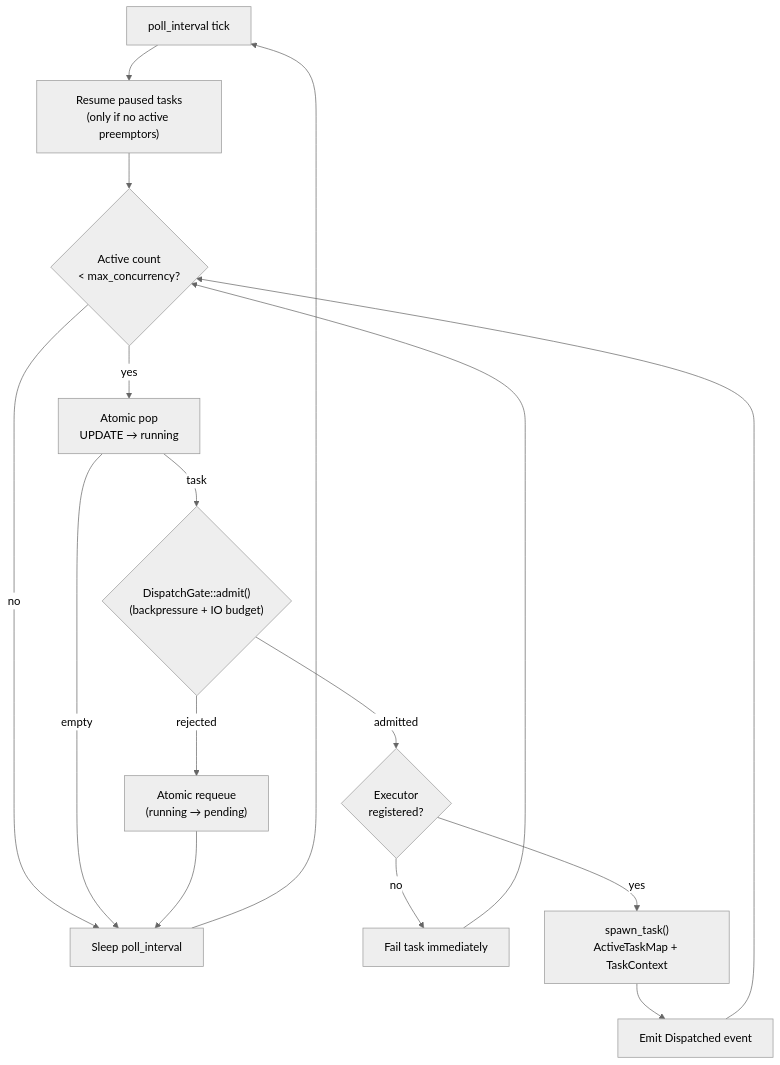
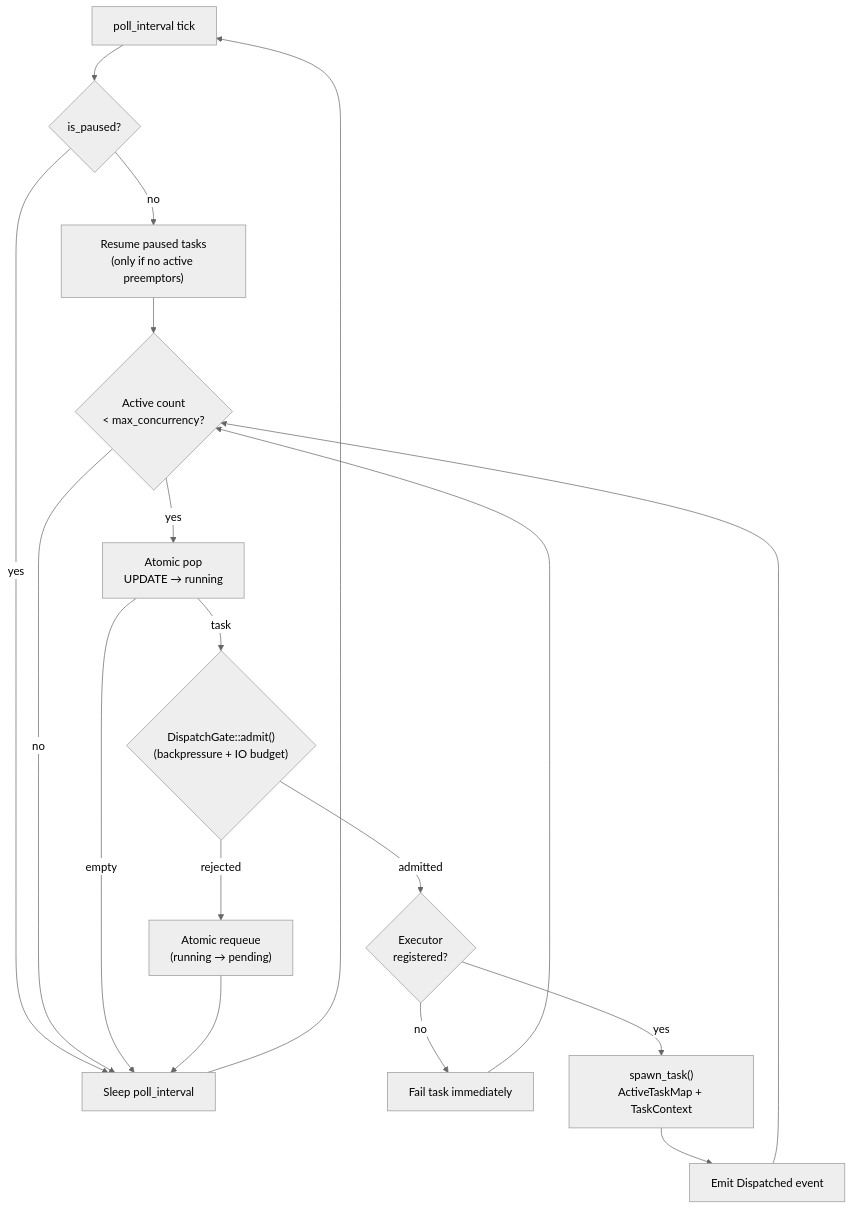
Before and after one commit to deepjoy/shoebox: the second of 5 diagrams in crates/taskmill/ARCHITECTURE.md, drawn with Mermaid (neutral theme). The commit also changed other lines of this file and 3 other files, not shown here.

````diff
--- a/crates/taskmill/ARCHITECTURE.md
+++ b/crates/taskmill/ARCHITECTURE.md
@@ -199,18 +199,20 @@
 ```mermaid
 flowchart TD
-    START["poll_interval tick"] --> RESUME["Resume paused tasks\n(only if no active preemptors)"]
+    START["poll_interval tick"] --> PAUSED{"is_paused?"}
+    PAUSED -- yes --> SLEEP
+    PAUSED -- no --> RESUME["Resume paused tasks\n(only if no active preemptors)"]
     RESUME --> CONC{"Active count\n< max_concurrency?"}
     CONC -- no --> SLEEP["Sleep poll_interval"]
     CONC -- yes --> POP["Atomic pop\nUPDATE → running"]
     POP -- empty --> SLEEP
     POP -- task --> GATE{"DispatchGate::admit()\n(backpressure + IO budget)"}
     GATE -- rejected --> REQUEUE["Atomic requeue\n(running → pending)"]
     REQUEUE --> SLEEP
     GATE -- admitted --> REG{"Executor\nregistered?"}
     REG -- no --> FAIL["Fail task immediately"]
     REG -- yes --> SPAWN["spawn_task()\nActiveTaskMap + TaskContext"]
     SPAWN --> EVENT["Emit Dispatched event"]
     EVENT --> CONC
     FAIL --> CONC
     SLEEP --> START
 ```
````
